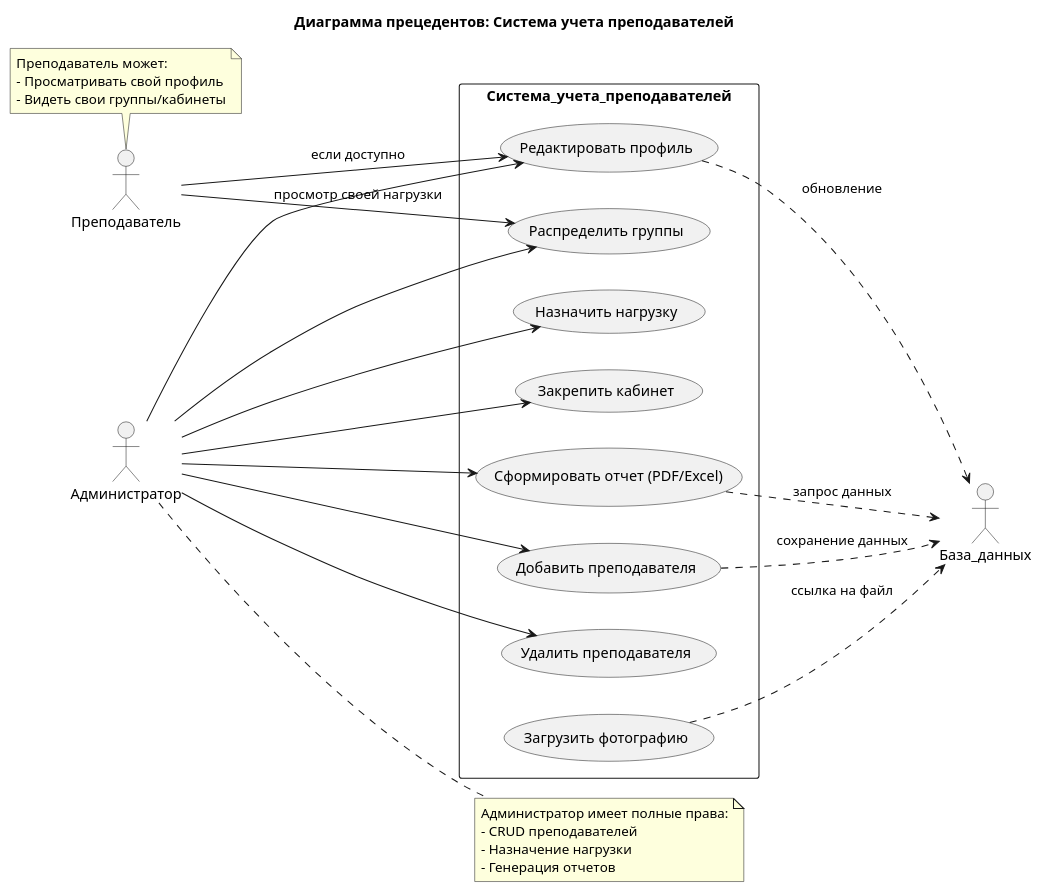
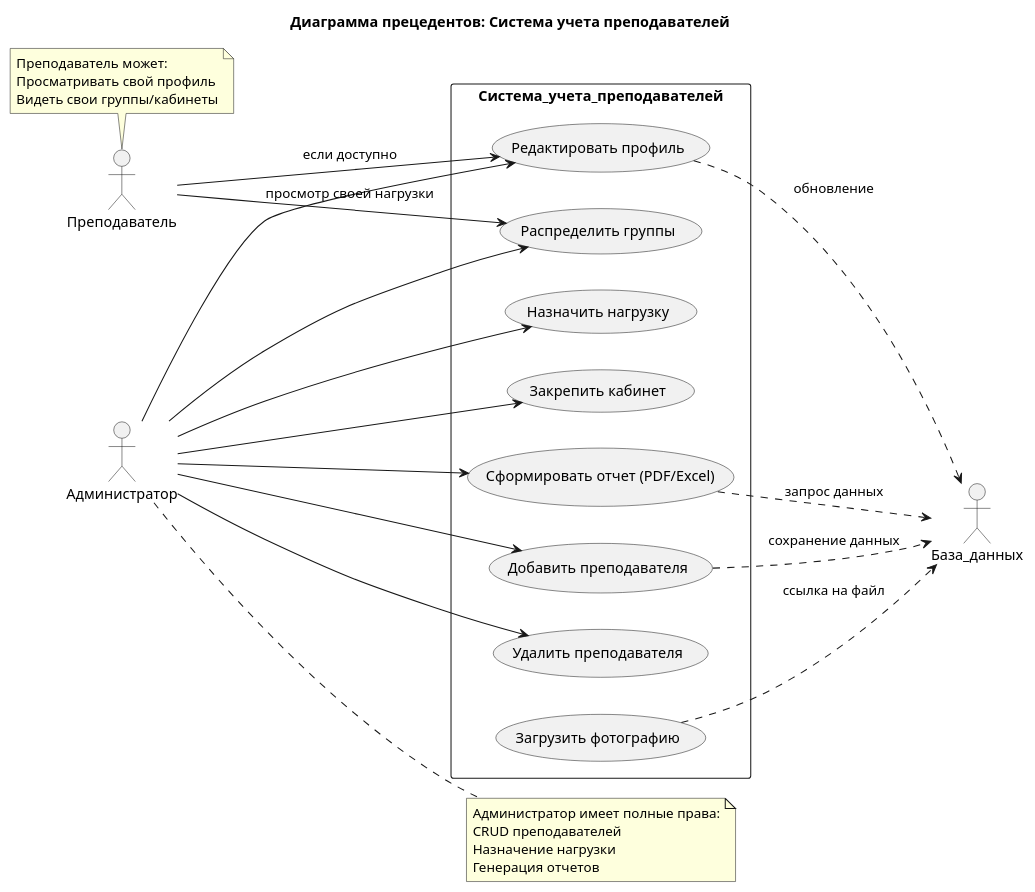
The third of 7 diagrams in README.md (vin327/a), drawn with PlantUML before and after one commit. The commit also changed other lines of this file, not shown here.

````diff
--- a/README.md
+++ b/README.md
@@ -813,51 +1080,50 @@
 ```plantuml
 @startuml
 left to right direction
 title Диаграмма прецедентов: Система учета преподавателей
 
 actor Администратор as admin
 actor Преподаватель as teacher
 actor База_данных as db
 
 rectangle Система_учета_преподавателей {
-  usecase "Добавить преподавателя" as UC1
-  usecase "Редактировать профиль" as UC2
-  usecase "Удалить преподавателя" as UC3
-
-  usecase "Назначить нагрузку" as UC4
-  usecase "Распределить группы" as UC5
-  usecase "Закрепить кабинет" as UC6
-
-  usecase "Сформировать отчет (PDF/Excel)" as UC7
-  usecase "Загрузить фотографию" as UC8
+    usecase "Добавить преподавателя" as UC1
+    usecase "Редактировать профиль" as UC2
+    usecase "Удалить преподавателя" as UC3
+    usecase "Назначить нагрузку" as UC4
+    usecase "Распределить группы" as UC5
+    usecase "Закрепить кабинет" as UC6
+    usecase "Сформировать отчет (PDF/Excel)" as UC7
+    usecase "Загрузить фотографию" as UC8
 }
 
 admin --> UC1
 admin --> UC2
 admin --> UC3
 admin --> UC4
 admin --> UC5
 admin --> UC6
 admin --> UC7
 
 teacher --> UC2 : если доступно
 teacher --> UC5 : просмотр своей нагрузки
 
 UC1 ..> db : сохранение данных
 UC2 ..> db : обновление
 UC7 ..> db : запрос данных
 UC8 ..> db : ссылка на файл
 
 note right of admin
 Администратор имеет полные права:
-- CRUD преподавателей
-- Назначение нагрузки
-- Генерация отчетов
+CRUD преподавателей
+Назначение нагрузки
+Генерация отчетов
 end note
+
 note top of teacher
 Преподаватель может:
-- Просматривать свой профиль
-- Видеть свои группы/кабинеты
+Просматривать свой профиль
+Видеть свои группы/кабинеты
 end note
 @enduml
 ```
````
